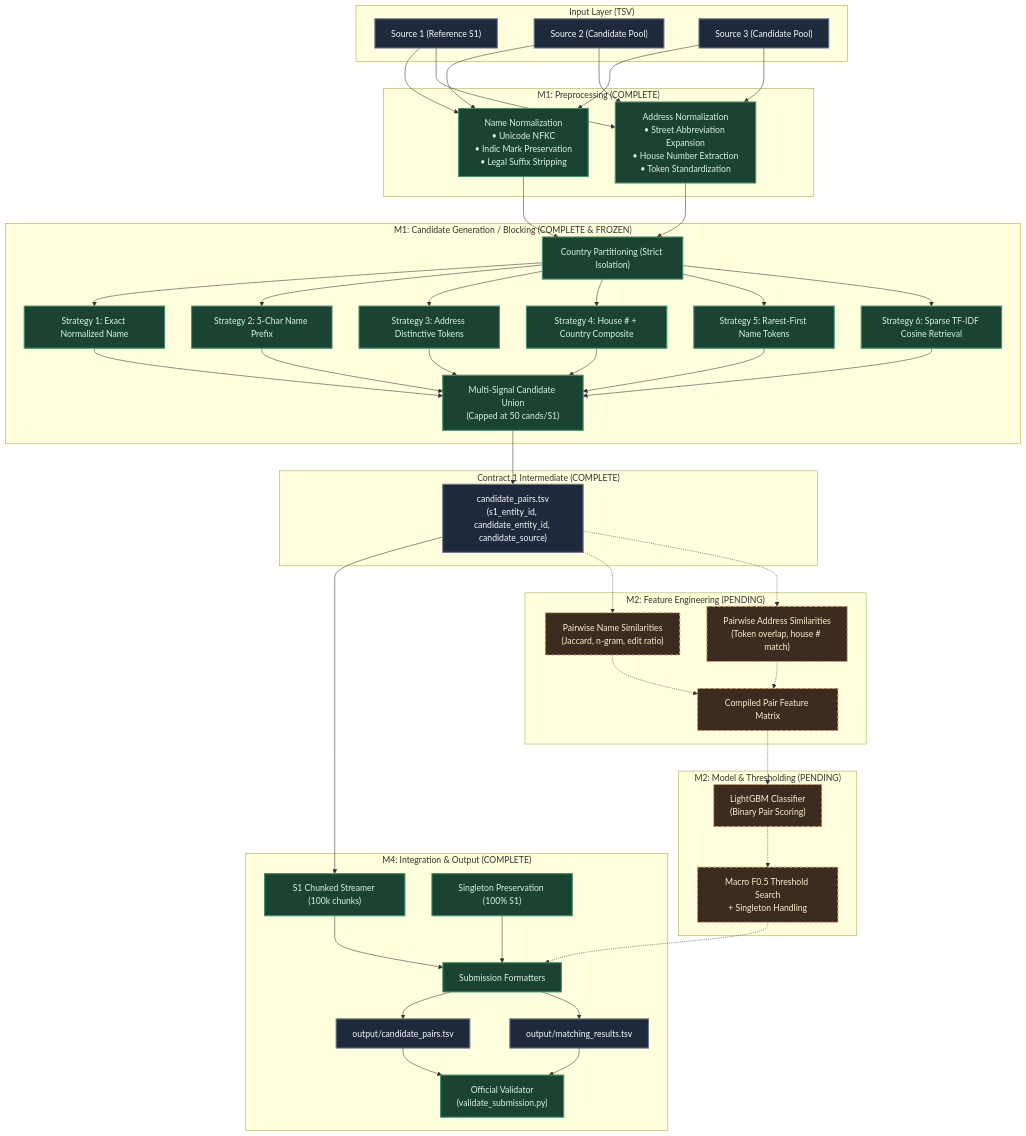
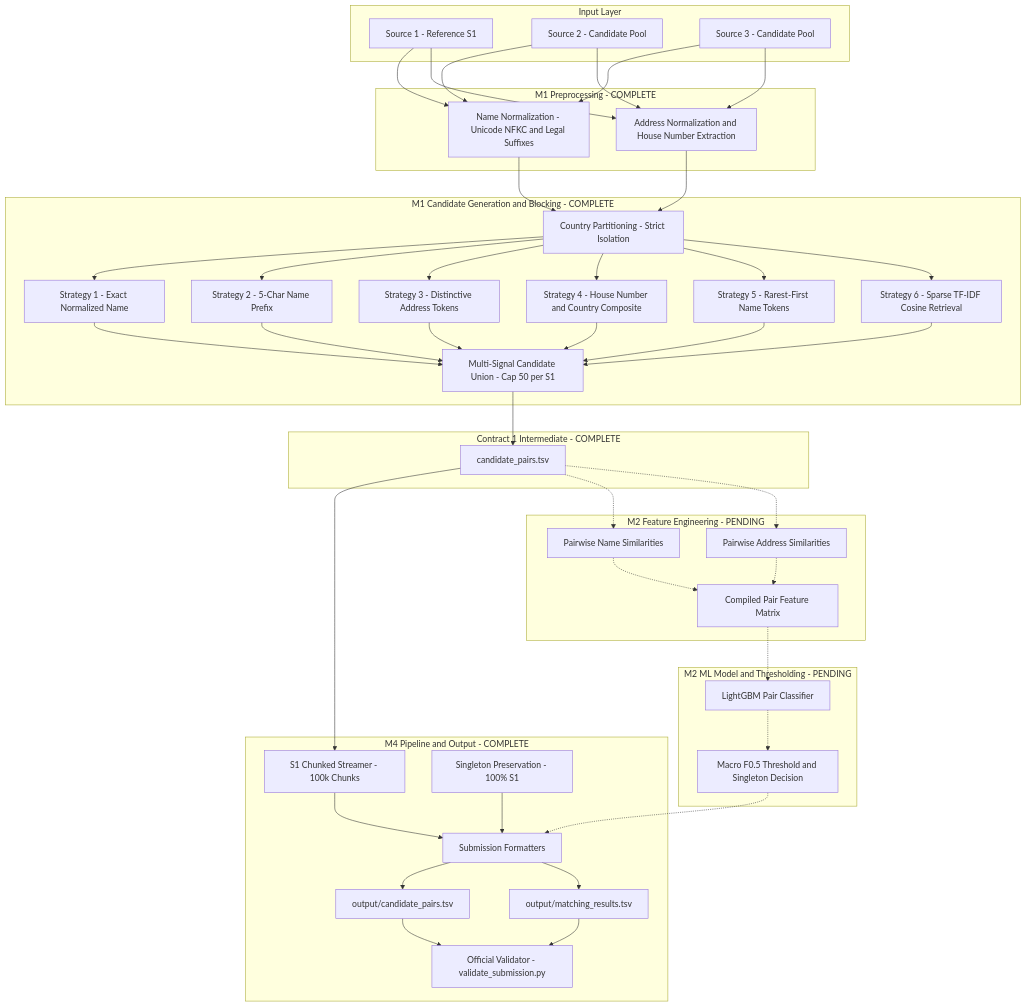
One commit to Vish-0806/VACSYN changed the diagram in README.md. Above: the diagram before and after it, drawn with Mermaid. The commit also changed 1 other file, not shown here.

Commit message:
fix diagram issue on readme

````diff
--- a/README.md
+++ b/README.md
@@ -137,49 +137,49 @@
 ```mermaid
 flowchart TD
-    subgraph S_Inputs["Input Layer (TSV)"]
-        S1["Source 1 (Reference S1)"]
-        S2["Source 2 (Candidate Pool)"]
-        S3["Source 3 (Candidate Pool)"]
+    subgraph Inputs ["Input Layer"]
+        S1["Source 1 - Reference S1"]
+        S2["Source 2 - Candidate Pool"]
+        S3["Source 3 - Candidate Pool"]
     end
 
-    subgraph M1_Prep["M1: Preprocessing (COMPLETE)"]
-        NORM_NAME["Name Normalization<br/>• Unicode NFKC<br/>• Indic Mark Preservation<br/>• Legal Suffix Stripping"]
-        NORM_ADDR["Address Normalization<br/>• Street Abbreviation Expansion<br/>• House Number Extraction<br/>• Token Standardization"]
+    subgraph Preprocessing ["M1 Preprocessing - COMPLETE"]
+        NORM_NAME["Name Normalization - Unicode NFKC and Legal Suffixes"]
+        NORM_ADDR["Address Normalization and House Number Extraction"]
     end
 
-    subgraph M1_Block["M1: Candidate Generation / Blocking (COMPLETE & FROZEN)"]
-        CPART["Country Partitioning (Strict Isolation)"]
-        B1["Strategy 1: Exact Normalized Name"]
-        B2["Strategy 2: 5-Char Name Prefix"]
-        B3["Strategy 3: Address Distinctive Tokens"]
-        B4["Strategy 4: House # + Country Composite"]
-        B5["Strategy 5: Rarest-First Name Tokens"]
-        B6["Strategy 6: Sparse TF-IDF Cosine Retrieval"]
-        UNION["Multi-Signal Candidate Union<br/>(Capped at 50 cands/S1)"]
+    subgraph Blocking ["M1 Candidate Generation and Blocking - COMPLETE"]
+        CPART["Country Partitioning - Strict Isolation"]
+        B1["Strategy 1 - Exact Normalized Name"]
+        B2["Strategy 2 - 5-Char Name Prefix"]
+        B3["Strategy 3 - Distinctive Address Tokens"]
+        B4["Strategy 4 - House Number and Country Composite"]
+        B5["Strategy 5 - Rarest-First Name Tokens"]
+        B6["Strategy 6 - Sparse TF-IDF Cosine Retrieval"]
+        UNION["Multi-Signal Candidate Union - Cap 50 per S1"]
     end
 
-    subgraph C1_Contract["Contract 1 Intermediate (COMPLETE)"]
-        CAND_PAIRS["candidate_pairs.tsv<br/>(s1_entity_id, candidate_entity_id, candidate_source)"]
+    subgraph Contract1 ["Contract 1 Intermediate - COMPLETE"]
+        CAND_PAIRS["candidate_pairs.tsv"]
     end
 
-    subgraph M2_Features["M2: Feature Engineering (PENDING)"]
-        FEAT_NAME["Pairwise Name Similarities<br/>(Jaccard, n-gram, edit ratio)"]
-        FEAT_ADDR["Pairwise Address Similarities<br/>(Token overlap, house # match)"]
+    subgraph Features ["M2 Feature Engineering - PENDING"]
+        FEAT_NAME["Pairwise Name Similarities"]
+        FEAT_ADDR["Pairwise Address Similarities"]
         FEAT_MAT["Compiled Pair Feature Matrix"]
     end
 
-    subgraph M2_Model["M2: Model & Thresholding (PENDING)"]
-        LGBM["LightGBM Classifier<br/>(Binary Pair Scoring)"]
-        THRESH["Macro F0.5 Threshold Search<br/>+ Singleton Handling"]
+    subgraph Model ["M2 ML Model and Thresholding - PENDING"]
+        LGBM["LightGBM Pair Classifier"]
+        THRESH["Macro F0.5 Threshold and Singleton Decision"]
     end
 
-    subgraph M4_Pipe["M4: Integration & Output (COMPLETE)"]
-        S1_CHUNK["S1 Chunked Streamer (100k chunks)"]
-        SINGLETON["Singleton Preservation (100% S1)"]
+    subgraph Pipeline ["M4 Pipeline and Output - COMPLETE"]
+        S1_CHUNK["S1 Chunked Streamer - 100k Chunks"]
+        SINGLETON["Singleton Preservation - 100% S1"]
         SUB_FMT["Submission Formatters"]
         OUT_CAND["output/candidate_pairs.tsv"]
         OUT_MATCH["output/matching_results.tsv"]
-        VAL["Official Validator<br/>(validate_submission.py)"]
+        VAL["Official Validator - validate_submission.py"]
     end
 
     S1 --> NORM_NAME
@@ -224,12 +224,4 @@
     SUB_FMT --> OUT_MATCH
     OUT_CAND --> VAL
     OUT_MATCH --> VAL
-
-    classDef done fill:#1b4332,stroke:#40916c,stroke-width:2px,color:#d8f3dc;
-    classDef pending fill:#3d2b1f,stroke:#d4a373,stroke-width:2px,stroke-dasharray: 5 5,color:#faedcd;
-    classDef data fill:#1e293b,stroke:#64748b,stroke-width:2px,color:#f8fafc;
-
-    class S1,S2,S3,CAND_PAIRS,OUT_CAND,OUT_MATCH data;
-    class NORM_NAME,NORM_ADDR,CPART,B1,B2,B3,B4,B5,B6,UNION,S1_CHUNK,SINGLETON,SUB_FMT,VAL done;
-    class FEAT_NAME,FEAT_ADDR,FEAT_MAT,LGBM,THRESH pending;
 ```
````
